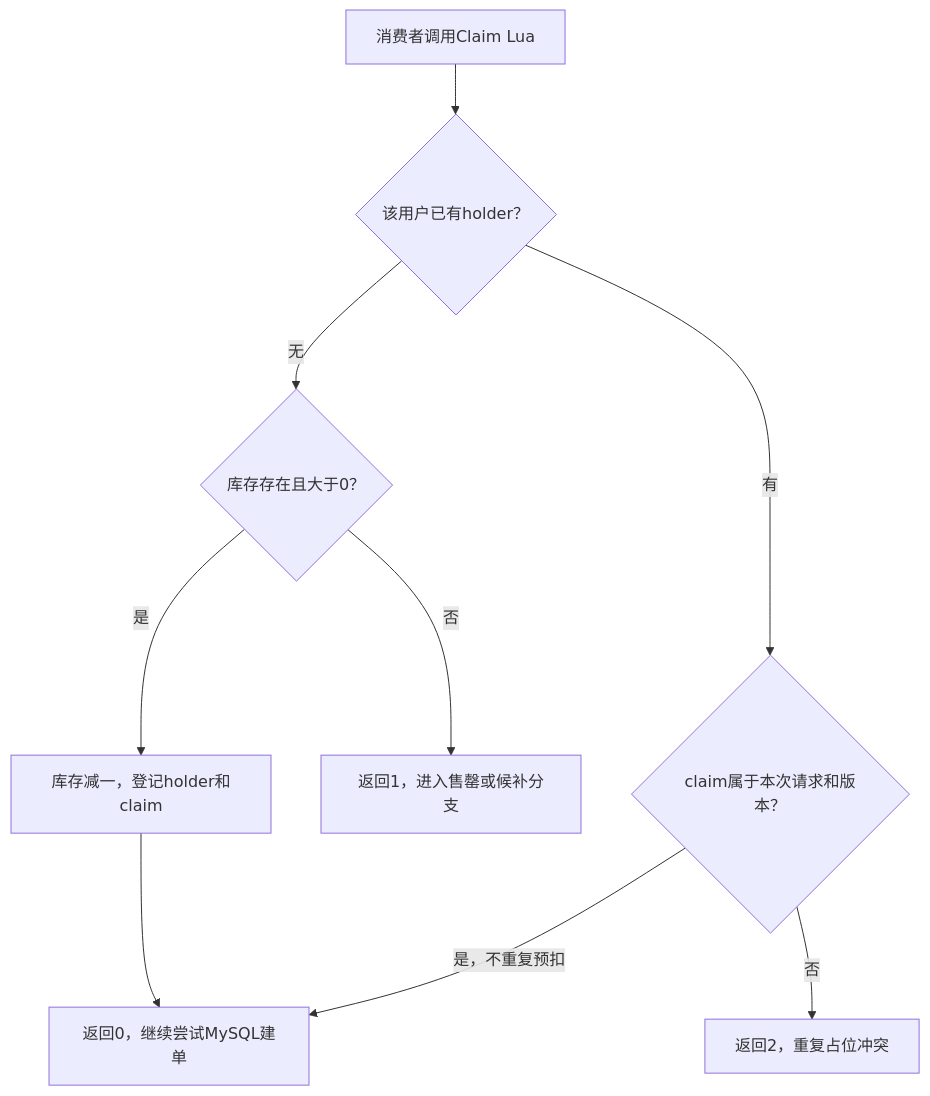
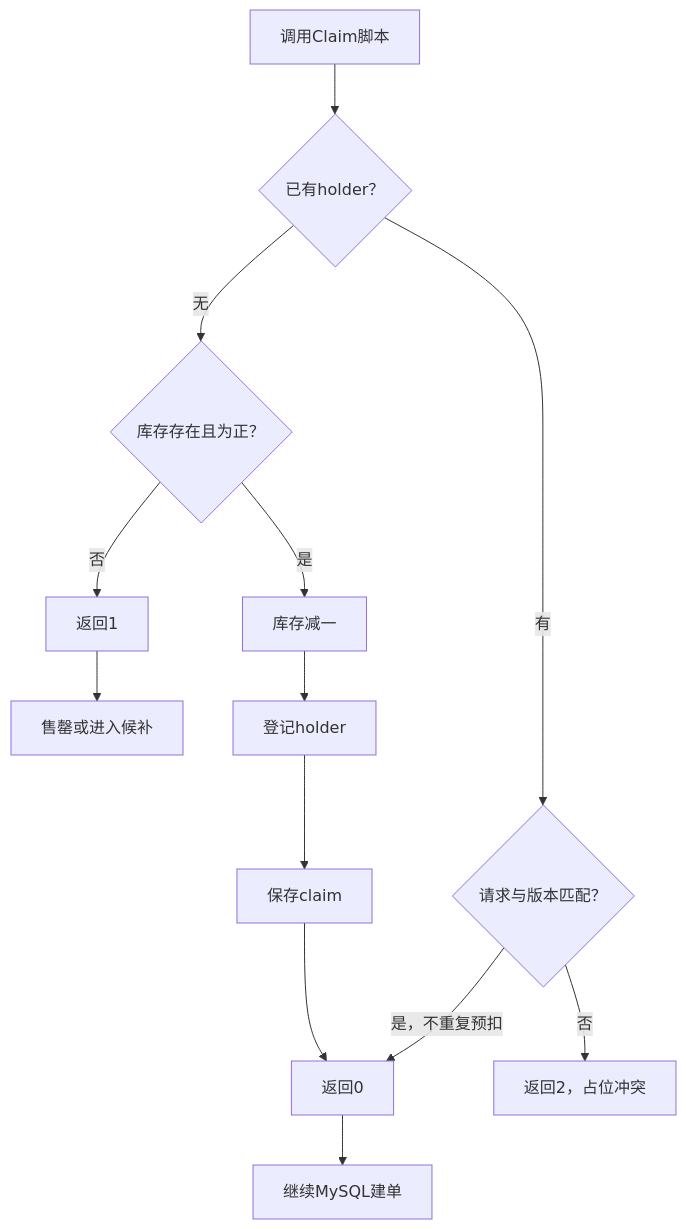
Before and after one commit to SyH-101/citypass-platform: the second of 6 diagrams in 01-异步预约与候补调度.md, drawn with Mermaid. The commit also changed other lines of this file, not shown here.

Commit message:
docs: split long reservation flowchart labels to prevent clipping

````diff
--- a/01-异步预约与候补调度.md
+++ b/01-异步预约与候补调度.md
@@ -239,11 +239,15 @@
 ```mermaid
 flowchart TD
-    A["消费者调用Claim Lua"] --> B{"该用户已有holder？"}
-    B -->|有| C{"claim属于本次请求和版本？"}
-    C -->|是，不重复预扣| D["返回0，继续尝试MySQL建单"]
-    C -->|否| E["返回2，重复占位冲突"]
-    B -->|无| F{"库存存在且大于0？"}
-    F -->|否| G["返回1，进入售罄或候补分支"]
-    F -->|是| H["库存减一，登记holder和claim"]
-    H --> D
+    A["调用Claim脚本"] --> B{"已有holder？"}
+    B -->|有| C{"请求与版本匹配？"}
+    C -->|是，不重复预扣| D["返回0"]
+    D --> D2["继续MySQL建单"]
+    C -->|否| E["返回2，占位冲突"]
+    B -->|无| F{"库存存在且为正？"}
+    F -->|否| G["返回1"]
+    G --> G2["售罄或进入候补"]
+    F -->|是| H["库存减一"]
+    H --> H2["登记holder"]
+    H2 --> H3["保存claim"]
+    H3 --> D
 ```
````
